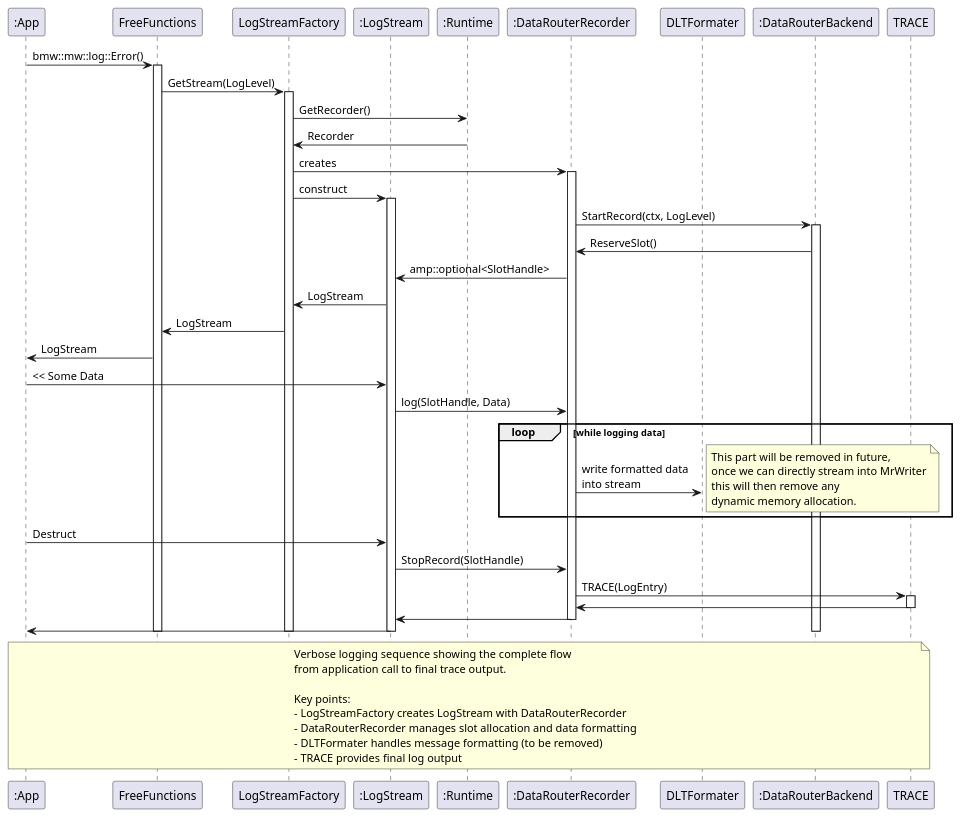
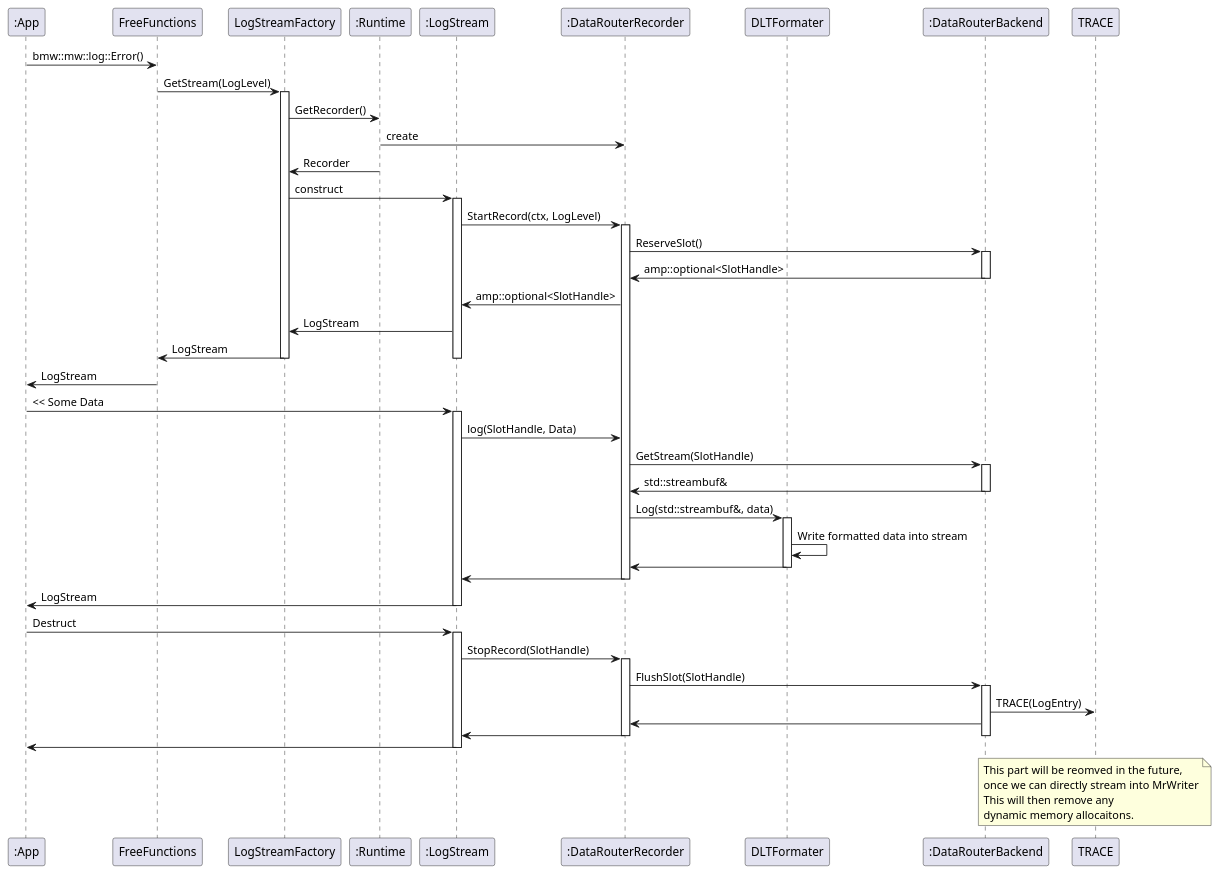
The diagram in design/verbose_logging_sequence.puml (eclipse-score/inc_mw_log), drawn with PlantUML before and after one commit. The commit also changed 5 other files, not shown here.

Commit message:
next set of diagrams

```diff
--- a/design/verbose_logging_sequence.puml
+++ b/design/verbose_logging_sequence.puml
@@ -1,74 +1,90 @@
 @startuml verbose_logging_sequence
 
 participant ":App" as App
 participant "FreeFunctions" as FreeFunctions
 participant "LogStreamFactory" as LogStreamFactory
+participant ":Runtime" as Runtime
 participant ":LogStream" as LogStream
-participant ":Runtime" as Runtime
 participant ":DataRouterRecorder" as DataRouterRecorder
 participant "DLTFormater" as DLTFormater
 participant ":DataRouterBackend" as DataRouterBackend
 participant "TRACE" as TRACE
 
 App -> FreeFunctions : bmw::mw::log::Error()
-activate FreeFunctions
 
 FreeFunctions -> LogStreamFactory : GetStream(LogLevel)
 activate LogStreamFactory
 
 LogStreamFactory -> Runtime : GetRecorder()
+Runtime -> DataRouterRecorder : create
 Runtime -> LogStreamFactory : Recorder
-LogStreamFactory -> DataRouterRecorder : creates
-activate DataRouterRecorder
 
 LogStreamFactory -> LogStream : construct
 activate LogStream
 
-DataRouterRecorder -> DataRouterBackend : StartRecord(ctx, LogLevel)
+LogStream -> DataRouterRecorder : StartRecord(ctx, LogLevel)
+activate DataRouterRecorder
+
+DataRouterRecorder -> DataRouterBackend : ReserveSlot()
+
 activate DataRouterBackend
+DataRouterBackend -> DataRouterRecorder : amp::optional<SlotHandle>
+deactivate DataRouterBackend
 
-DataRouterBackend -> DataRouterRecorder : ReserveSlot()
 DataRouterRecorder -> LogStream : amp::optional<SlotHandle>
 
 LogStream -> LogStreamFactory : LogStream
 LogStreamFactory -> FreeFunctions : LogStream
+deactivate LogStreamFactory
+deactivate LogStream
+
 FreeFunctions -> App : LogStream
 
 App -> LogStream : << Some Data
+activate LogStream
 LogStream -> DataRouterRecorder : log(SlotHandle, Data)
 
-loop while logging data
-    DataRouterRecorder -> DLTFormater : write formatted data\ninto stream
-    note right : This part will be removed in future,\nonce we can directly stream into MrWriter\nthis will then remove any\ndynamic memory allocation.
-end
+DataRouterRecorder -> DataRouterBackend : GetStream(SlotHandle)
+activate DataRouterBackend
+DataRouterBackend -> DataRouterRecorder : std::streambuf&
+deactivate DataRouterBackend
+
+DataRouterRecorder -> DLTFormater : Log(std::streambuf&, data)
+activate DLTFormater
+DLTFormater -> DLTFormater: Write formatted data into stream
+DLTFormater -> DataRouterRecorder
+deactivate DLTFormater
+
+DataRouterRecorder -> LogStream
+deactivate DataRouterRecorder
+LogStream -> App : LogStream
+deactivate LogStream
 
 App -> LogStream : Destruct
+activate LogStream
 LogStream -> DataRouterRecorder : StopRecord(SlotHandle)
+activate DataRouterRecorder
 
-DataRouterRecorder -> TRACE : TRACE(LogEntry)
-activate TRACE
-TRACE -> DataRouterRecorder : 
-deactivate TRACE
+DataRouterRecorder -> DataRouterBackend: FlushSlot(SlotHandle)
+activate DataRouterBackend
+DataRouterBackend -> TRACE : TRACE(LogEntry)
+DataRouterBackend -> DataRouterRecorder
 
-DataRouterRecorder -> LogStream : 
+DataRouterRecorder -> LogStream
+deactivate DataRouterBackend
 deactivate DataRouterRecorder
+LogStream -> App
+deactivate LogStream
 
-LogStream -> App : 
-deactivate LogStream
+note over TRACE
+This part will be reomved in the future,
+once we can directly stream into MrWriter
+This will then remove any
+dynamic memory allocaitons.
+end note
 
 deactivate DataRouterBackend
 deactivate LogStreamFactory
 deactivate FreeFunctions
 
-note over App, TRACE
-  Verbose logging sequence showing the complete flow
-  from application call to final trace output.
-  
-  Key points:
-  - LogStreamFactory creates LogStream with DataRouterRecorder
-  - DataRouterRecorder manages slot allocation and data formatting
-  - DLTFormater handles message formatting (to be removed)
-  - TRACE provides final log output
-end note
-
 @enduml
```
